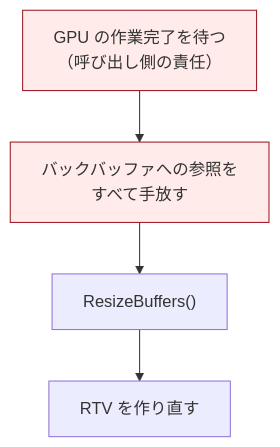
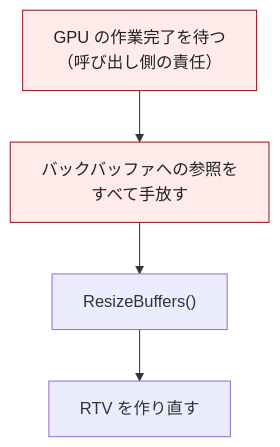
Before and after one commit to Tomonorarari-Think/DirectX12Dev: the diagram in docs/tutorial/04_画面に出す仕組み.md, drawn with Mermaid. The commit also changed 28 other files, not shown here.

First line of the commit message:
fix: 図の文字が暗色モードで読めなくなる問題を直す

````diff
--- a/docs/tutorial/04_画面に出す仕組み.md
+++ b/docs/tutorial/04_画面に出す仕組み.md
@@ -199,9 +199,9 @@
 ```mermaid
 flowchart TD
     A["GPU の作業完了を待つ<br/>（呼び出し側の責任）"] --> B["バックバッファへの参照を<br/>すべて手放す"]
     B --> C["ResizeBuffers()"]
     C --> D["RTV を作り直す"]
 
-    style A fill:#ffebe9,stroke:#9a1420
-    style B fill:#ffebe9,stroke:#9a1420
+    style A fill:#ffebe9,stroke:#9a1420,color:#1f2328
+    style B fill:#ffebe9,stroke:#9a1420,color:#1f2328
 ```
````
